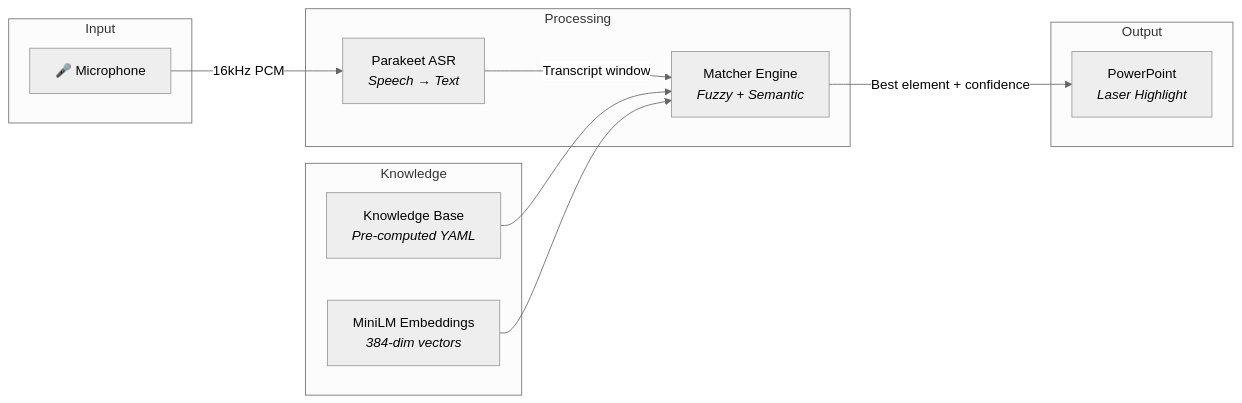
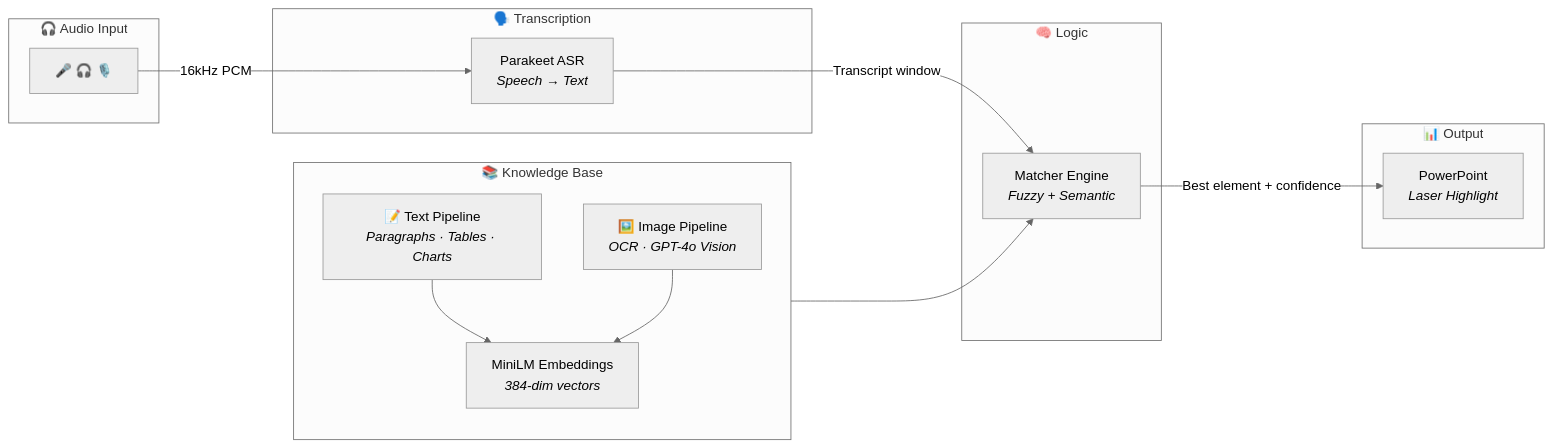
One commit to Prabodh22/Intel-Presenter-Assistant-POC changed the first of 3 diagrams in README.md. Above: the diagram before and after it, drawn with Mermaid (neutral theme).

Commit message:
docs: refine architecture diagram - mic icons, GPT-4o Vision label

````diff
--- a/README.md
+++ b/README.md
@@ -17,26 +17,32 @@
 ```mermaid
 graph LR
-    subgraph Input
-        MIC[🎤 Microphone]
+    subgraph Input ["🎧 Audio Input"]
+        MIC["🎤 🎧 🎙️"]
     end
 
-    subgraph Processing
+    subgraph ASR_Block ["🗣️ Transcription"]
         ASR[Parakeet ASR<br/><i>Speech → Text</i>]
+    end
+
+    subgraph Logic ["🧠 Logic"]
         MATCH[Matcher Engine<br/><i>Fuzzy + Semantic</i>]
     end
 
-    subgraph Knowledge
-        KB[Knowledge Base<br/><i>Pre-computed YAML</i>]
+    subgraph Knowledge ["📚 Knowledge Base"]
+        direction TB
+        TXT[📝 Text Pipeline<br/><i>Paragraphs · Tables · Charts</i>]
+        IMG[🖼️ Image Pipeline<br/><i>OCR · GPT-4o Vision</i>]
         EMB[MiniLM Embeddings<br/><i>384-dim vectors</i>]
     end
 
-    subgraph Output
+    subgraph Output ["📊 Output"]
         PPT[PowerPoint<br/><i>Laser Highlight</i>]
     end
 
     MIC -->|16kHz PCM| ASR
     ASR -->|Transcript window| MATCH
-    KB --> MATCH
+    TXT --> EMB
+    IMG --> EMB
     EMB --> MATCH
     MATCH -->|Best element + confidence| PPT
 ```
````
